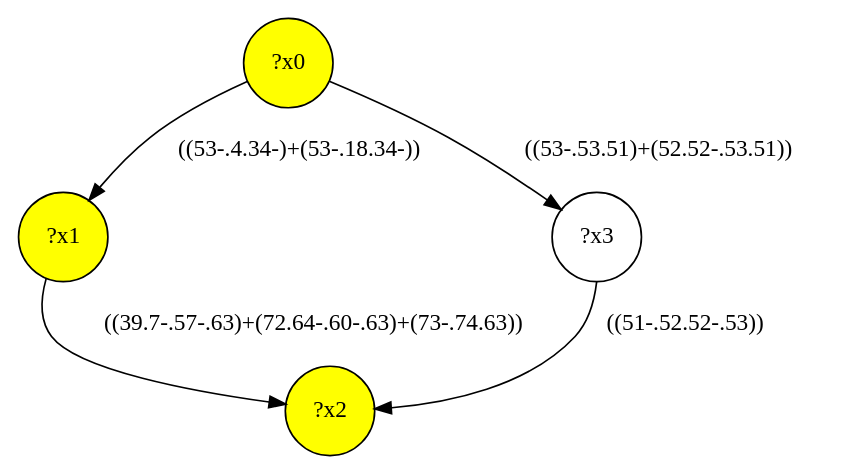
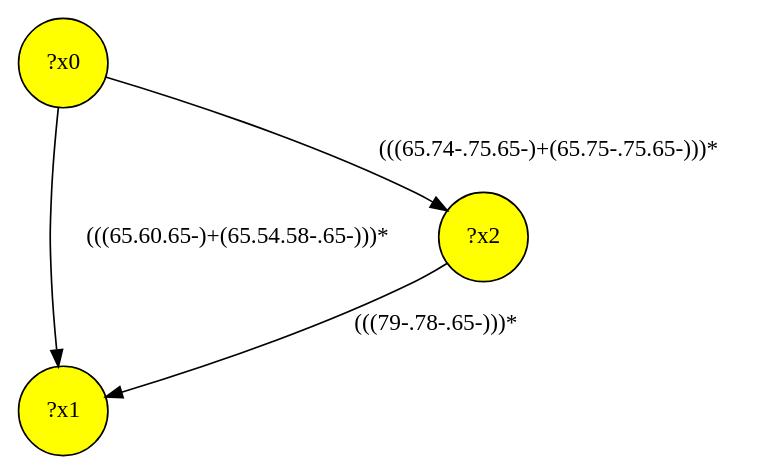
Before and after one commit to MathieuGicquel/federated-benchmark: the diagram in lib/gmark/demo/shop/shop-interface/query-49.dot, drawn with Graphviz. The commit also changed 354 other files, not shown here.

```diff
--- a/lib/gmark/demo/shop/shop-interface/query-49.dot
+++ b/lib/gmark/demo/shop/shop-interface/query-49.dot
@@ -1,10 +1,8 @@
 digraph g {
 	x0 [fillcolor="yellow", style="filled," shape=circle, label="?x0"];
 	x1 [fillcolor="yellow", style="filled," shape=circle, label="?x1"];
 	x2 [fillcolor="yellow", style="filled," shape=circle, label="?x2"];
-	x0 -> x1 [label="((53-.4.34-)+(53-.18.34-))"];
-	x1 -> x2 [label="((39.7-.57-.63)+(72.64-.60-.63)+(73-.74.63))"];
-	x3 [shape=circle, label="?x3"];
-	x0 -> x3 [label="((53-.53.51)+(52.52-.53.51))"];
-	x3 -> x2 [label="((51-.52.52-.53))"];
+	x0 -> x1 [label="(((65.60.65-)+(65.54.58-.65-)))*"];
+	x0 -> x2 [label="(((65.74-.75.65-)+(65.75-.75.65-)))*"];
+	x2 -> x1 [label="(((79-.78-.65-)))*"];
 }
```
